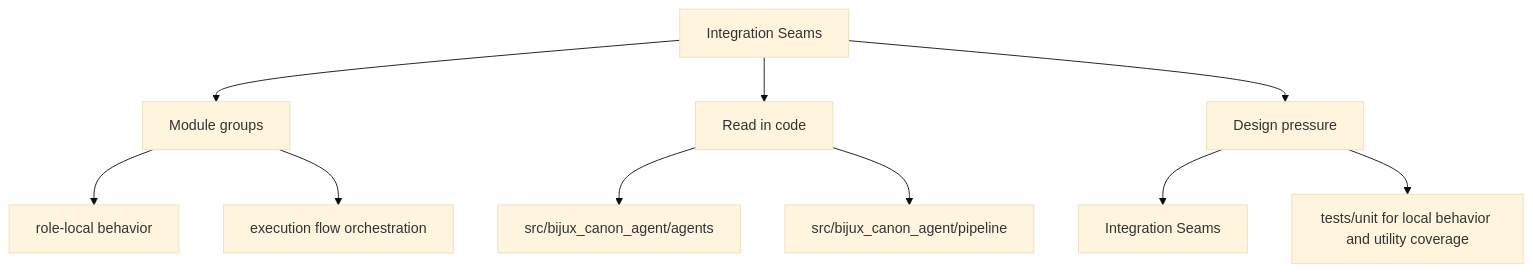
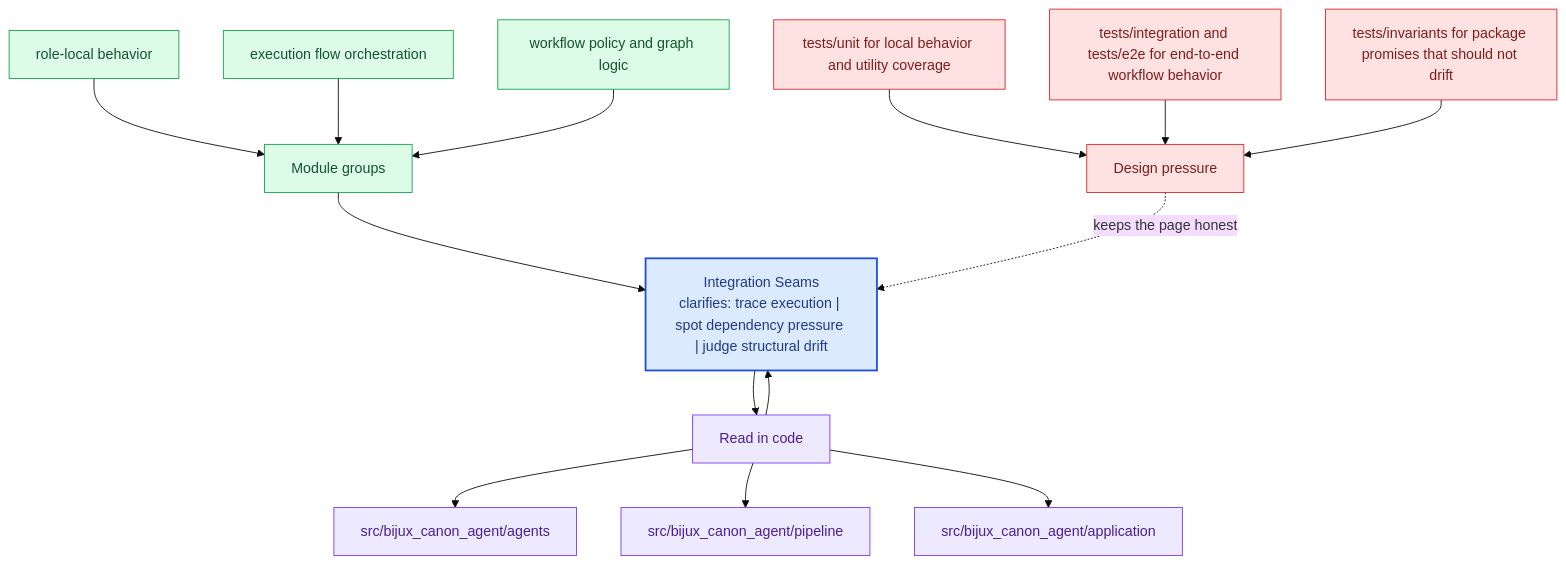
One commit to bijux/bijux-canon changed the second of 2 diagrams in docs/bijux-canon-agent/architecture/integration-seams.md. Above: the diagram before and after it, drawn with Mermaid (base theme). The commit also changed other lines of this file and 281 other files, not shown here.

Commit message:
docs(diagrams): deepen handbook mermaid maps across the catalog

````diff
--- a/docs/bijux-canon-agent/architecture/integration-seams.md
+++ b/docs/bijux-canon-agent/architecture/integration-seams.md
@@ -35,22 +68,40 @@
 ```mermaid
-flowchart TD
-    page["Integration Seams"]
+flowchart TB
+    promise["Integration Seams<br/>clarifies: trace execution | spot dependency pressure | judge structural drift"]
+    classDef promise fill:#dbeafe,stroke:#1d4ed8,color:#1e3a8a,stroke-width:2px;
+    classDef driver fill:#dcfce7,stroke:#16a34a,color:#14532d;
+    classDef constraint fill:#fee2e2,stroke:#dc2626,color:#7f1d1d;
+    classDef ground fill:#ede9fe,stroke:#7c3aed,color:#4c1d95;
     focus1["Module groups"]
-    page --> focus1
+    focus1 --> promise
     focus1_1["role-local behavior"]
-    focus1 --> focus1_1
+    focus1_1 --> focus1
     focus1_2["execution flow orchestration"]
-    focus1 --> focus1_2
+    focus1_2 --> focus1
+    focus1_3["workflow policy and graph logic"]
+    focus1_3 --> focus1
+    class focus1 driver;
+    class focus1_1,focus1_2,focus1_3 driver;
     focus2["Read in code"]
-    page --> focus2
+    focus2 --> promise
+    promise --> focus2
     focus2_1["src/bijux_canon_agent/agents"]
     focus2 --> focus2_1
     focus2_2["src/bijux_canon_agent/pipeline"]
     focus2 --> focus2_2
+    focus2_3["src/bijux_canon_agent/application"]
+    focus2 --> focus2_3
+    class focus2 ground;
+    class focus2_1,focus2_2,focus2_3 ground;
     focus3["Design pressure"]
-    page --> focus3
-    focus3_1["Integration Seams"]
-    focus3 --> focus3_1
-    focus3_2["tests/unit for local behavior and utility coverage"]
-    focus3 --> focus3_2
+    focus3 -.keeps the page honest.-> promise
+    focus3_1["tests/unit for local behavior and utility coverage"]
+    focus3_1 --> focus3
+    focus3_2["tests/integration and tests/e2e for end-to-end workflow behavior"]
+    focus3_2 --> focus3
+    focus3_3["tests/invariants for package promises that should not drift"]
+    focus3_3 --> focus3
+    class focus3 constraint;
+    class focus3_1,focus3_2,focus3_3 constraint;
+    class promise promise;
 ```
````
